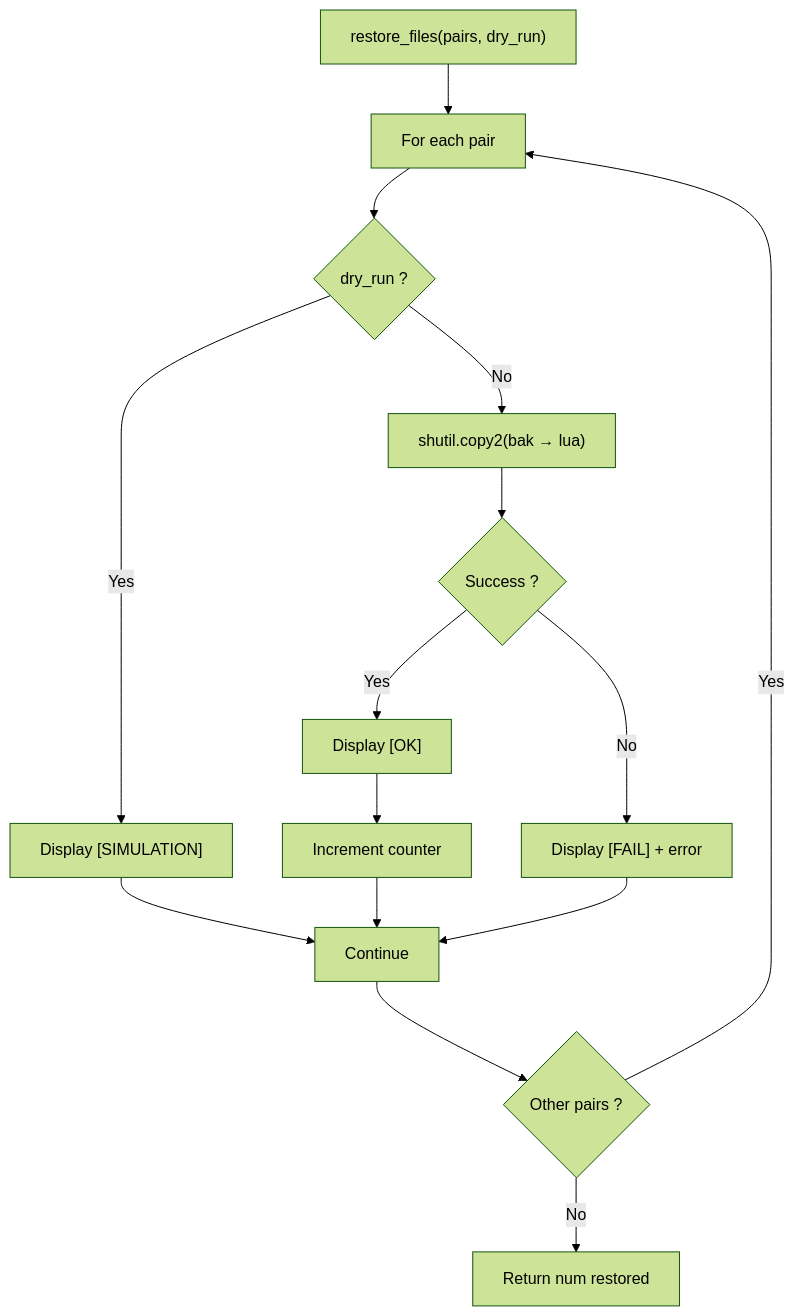
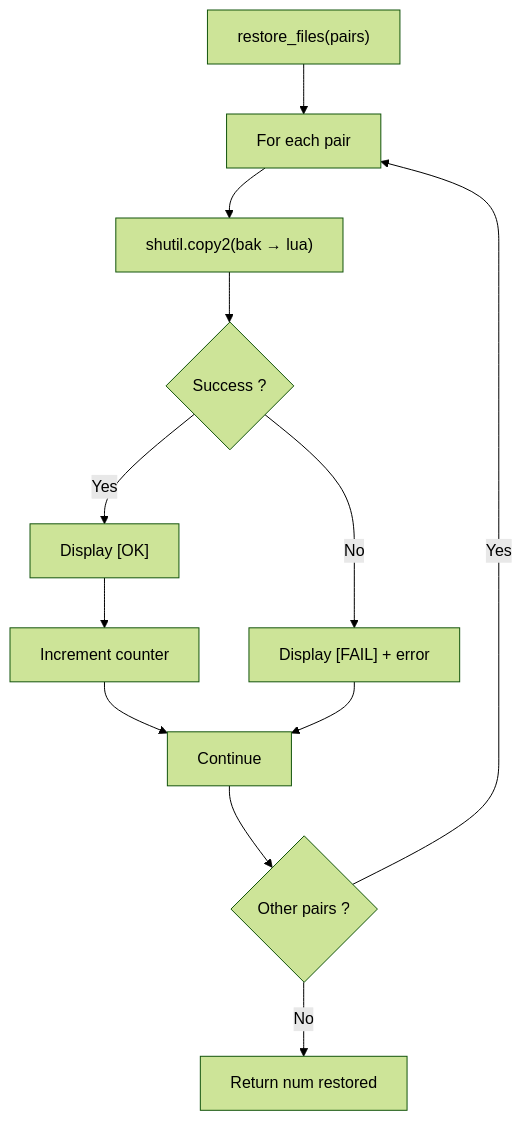
The fifth of 6 diagrams in 9_Tools/__doc/en/tools/RESTORE_BACKUP.md (Gotcha26/Adobe_Lightroom_Translation_Plugins_Kit), drawn with Mermaid (forest theme) before and after one commit. The commit also changed other lines of this file and 2 other files, not shown here.

Commit message:
Delete dry-run option to restore .bak

````diff
--- a/9_Tools/__doc/en/tools/RESTORE_BACKUP.md
+++ b/9_Tools/__doc/en/tools/RESTORE_BACKUP.md
@@ -247,17 +236,14 @@
 ```mermaid
 flowchart TD
-    A["restore_files(pairs, dry_run)"] --> B["For each pair"]
-    B --> C{"dry_run ?"}
-    C -->|Yes| D["Display [SIMULATION]"]
-    C -->|No| E["shutil.copy2(bak → lua)"]
-    E --> F{"Success ?"}
-    F -->|Yes| G["Display [OK]"]
-    F -->|No| H["Display [FAIL] + error"]
-    G --> I["Increment counter"]
-    D --> J["Continue"]
-    I --> J
-    H --> J
-    J --> K{"Other pairs ?"}
-    K -->|Yes| B
-    K -->|No| L["Return num restored"]
+    A["restore_files(pairs)"] --> B["For each pair"]
+    B --> C["shutil.copy2(bak → lua)"]
+    C --> D{"Success ?"}
+    D -->|Yes| E["Display [OK]"]
+    D -->|No| F["Display [FAIL] + error"]
+    E --> G["Increment counter"]
+    G --> H["Continue"]
+    F --> H
+    H --> I{"Other pairs ?"}
+    I -->|Yes| B
+    I -->|No| J["Return num restored"]
 ```
````
